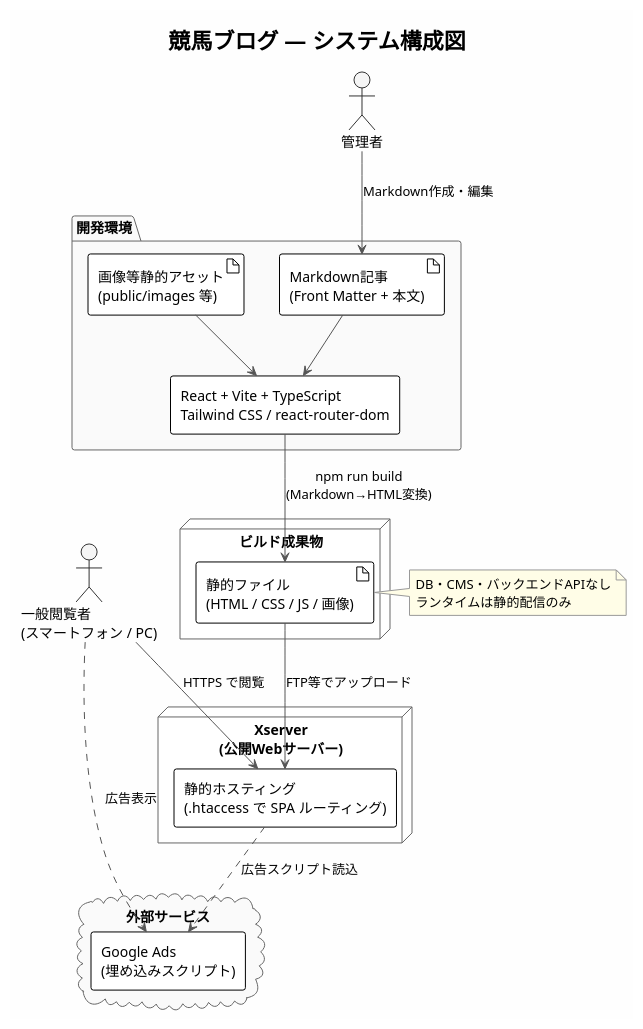
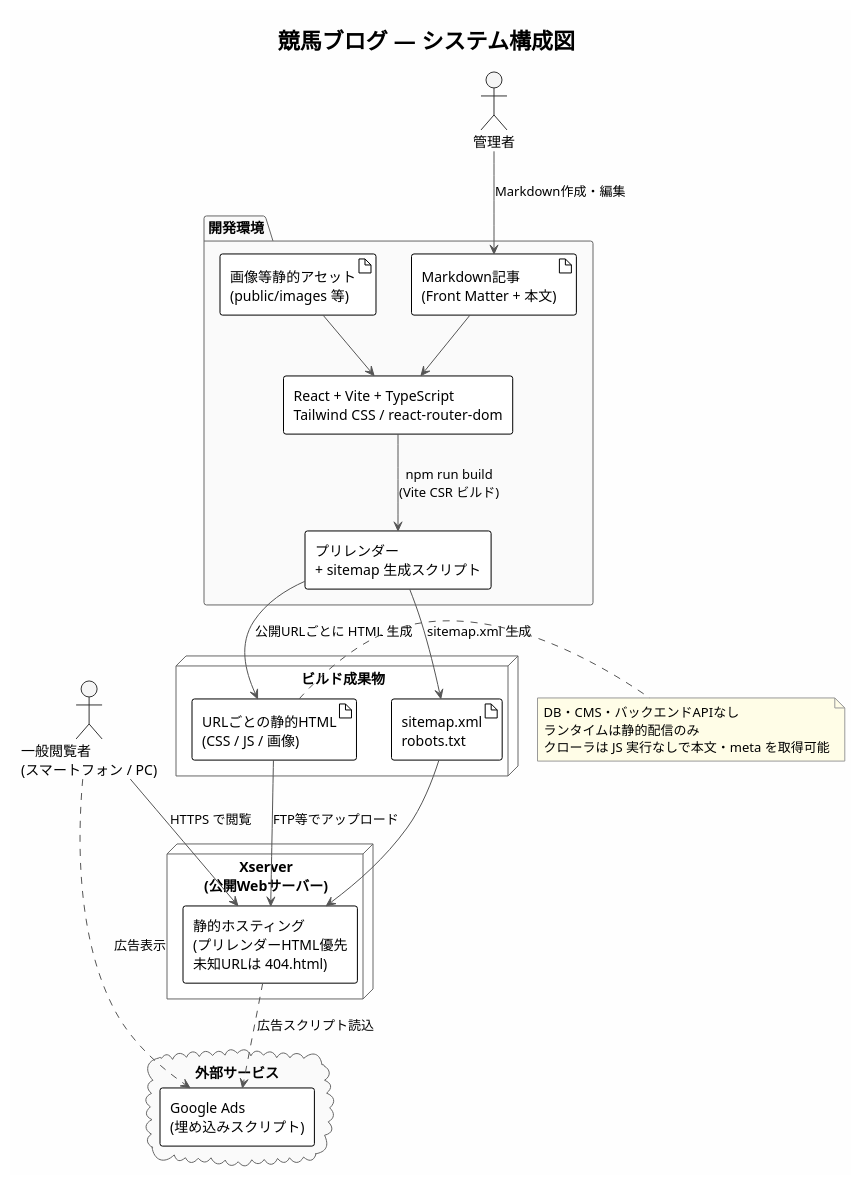
The first of 2 diagrams in doc/03_design/architecture_design.md (betashort/KEIBA_BLOG), drawn with PlantUML before and after one commit. The commit also changed other lines of this file and 19 other files, not shown here.

````diff
--- a/doc/03_design/architecture_design.md
+++ b/doc/03_design/architecture_design.md
@@ -79,56 +89,62 @@
 ```plantuml
 @startuml system_architecture
 !theme plain
 skinparam backgroundColor #FEFEFE
 skinparam shadowing false
 skinparam defaultFontName Meiryo
 skinparam componentStyle rectangle
 skinparam ArrowColor #555555
 skinparam ActorBorderColor #333333
 skinparam ActorBackgroundColor #F5F5F5
 skinparam PackageBorderColor #666666
 skinparam PackageBackgroundColor #FAFAFA
 skinparam NodeBorderColor #666666
 skinparam NodeBackgroundColor #FFFFFF
 skinparam NoteBorderColor #999999
 skinparam NoteBackgroundColor #FFFDE7
 
 title 競馬ブログ — システム構成図
 
 actor "管理者" as Admin
 actor "一般閲覧者\n(スマートフォン / PC)" as Visitor
 
 package "開発環境" as DevEnv {
   component "React + Vite + TypeScript\nTailwind CSS / react-router-dom" as App
   artifact "Markdown記事\n(Front Matter + 本文)" as Md
   artifact "画像等静的アセット\n(public/images 等)" as Assets
+  component "プリレンダー\n+ sitemap 生成スクリプト" as Prerender
 }
 
 cloud "外部サービス" as Ext {
   component "Google Ads\n(埋め込みスクリプト)" as Ads
 }
 
 node "ビルド成果物" as Build {
-  artifact "静的ファイル\n(HTML / CSS / JS / 画像)" as Dist
+  artifact "URLごとの静的HTML\n(CSS / JS / 画像)" as DistHtml
+  artifact "sitemap.xml\nrobots.txt" as DistMap
 }
 
 node "Xserver\n(公開Webサーバー)" as Xserver {
-  component "静的ホスティング\n(.htaccess で SPA ルーティング)" as Host
+  component "静的ホスティング\n(プリレンダーHTML優先\n未知URLは 404.html)" as Host
 }
 
 Admin --> Md : Markdown作成・編集
 Md --> App
 Assets --> App
-App --> Dist : npm run build\n(Markdown→HTML変換)
-Dist --> Host : FTP等でアップロード
+App --> Prerender : npm run build\n(Vite CSR ビルド)
+Prerender --> DistHtml : 公開URLごとに HTML 生成
+Prerender --> DistMap : sitemap.xml 生成
+DistHtml --> Host : FTP等でアップロード
+DistMap --> Host
 Visitor --> Host : HTTPS で閲覧
 Host ..> Ads : 広告スクリプト読込
 Visitor ..> Ads : 広告表示
 
-note right of Dist
+note right of DistHtml
   DB・CMS・バックエンドAPIなし
   ランタイムは静的配信のみ
+  クローラは JS 実行なしで本文・meta を取得可能
 end note
 
 @enduml
 ```
````
